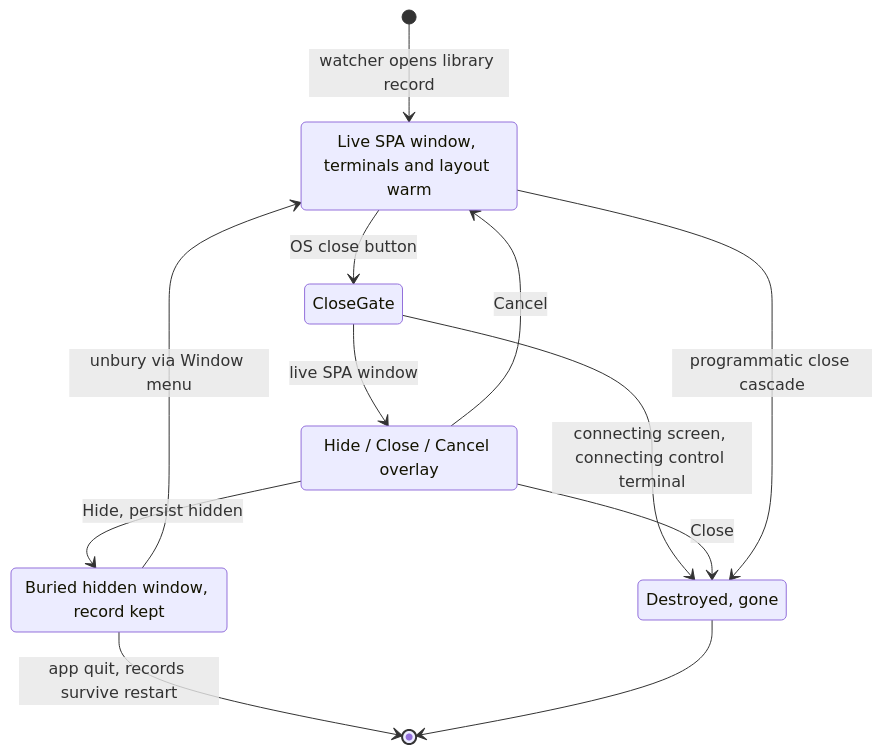
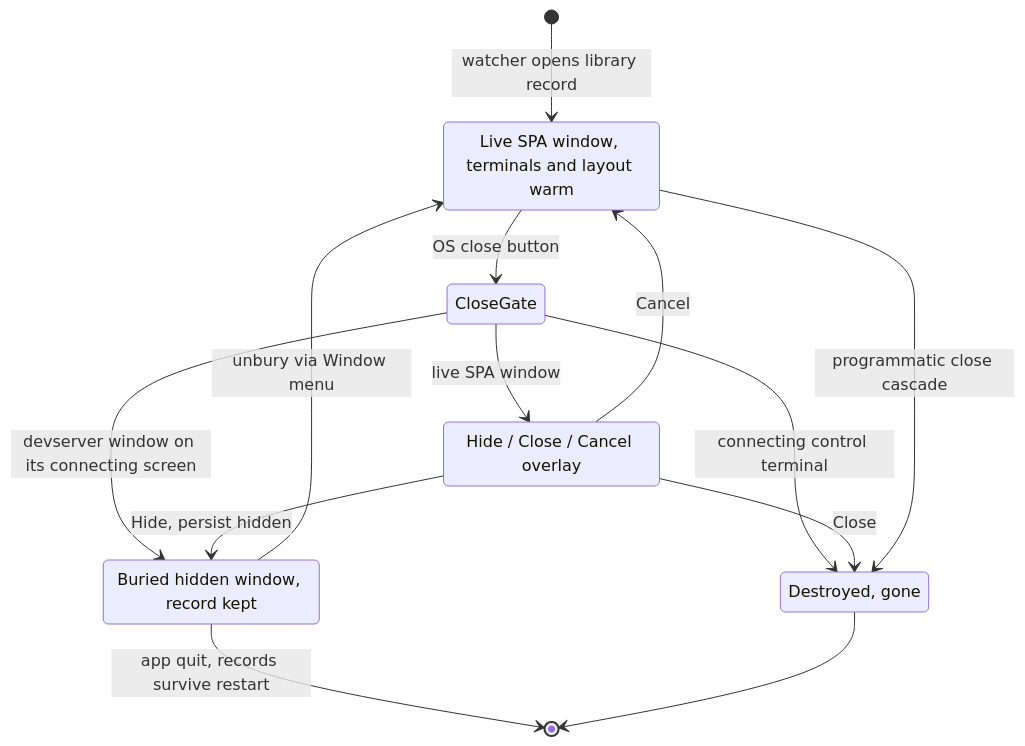
Before and after one commit to fiorix/chan: the third of 3 diagrams in desktop/design.md, drawn with Mermaid. The commit also changed other lines of this file and 4 other files, not shown here.

First line of the commit message:
docs(desktop): say what a close on the connecting page keeps

````diff
--- a/desktop/design.md
+++ b/desktop/design.md
@@ -192,21 +192,22 @@
 ```mermaid
 stateDiagram-v2
     [*] --> Live: watcher opens library record
     Live: Live SPA window, terminals and layout warm
     Buried: Buried hidden window, record kept
     Destroyed: Destroyed, gone
 
     Live --> CloseGate: OS close button
     state CloseGate <<choice>>
     CloseGate --> Prompt: live SPA window
-    CloseGate --> Destroyed: connecting screen, connecting control terminal
+    CloseGate --> Buried: devserver window on its connecting screen
+    CloseGate --> Destroyed: connecting control terminal
     Prompt: Hide / Close / Cancel overlay
     Prompt --> Buried: Hide, persist hidden
     Prompt --> Destroyed: Close
     Prompt --> Live: Cancel
     Live --> Destroyed: programmatic close cascade
 
     Buried --> Live: unbury via Window menu
     Buried --> [*]: app quit, records survive restart
     Destroyed --> [*]
 ```
````
